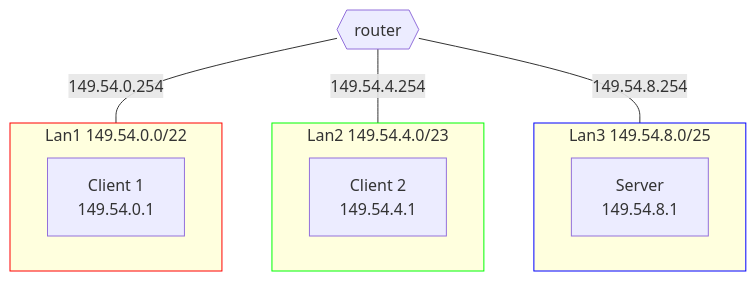
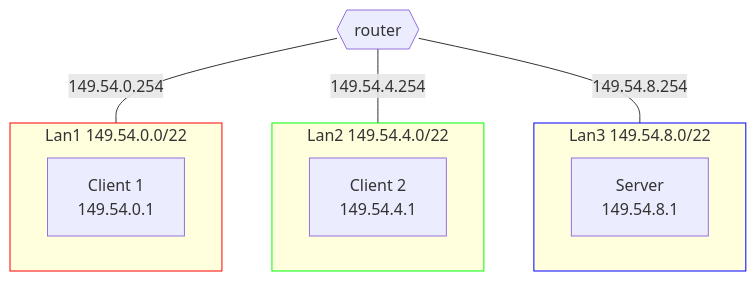
One commit to TendTo/Tutorato-Reti-di-Calcolatori changed the fourth of 4 diagrams in esercizi/completi/impiccato/README.md. Above: the diagram before and after it, drawn with Mermaid. The commit also changed other lines of this file, not shown here.

````diff
--- a/esercizi/completi/impiccato/README.md
+++ b/esercizi/completi/impiccato/README.md
@@ -158,26 +164,26 @@
 ```mermaid
 flowchart TB
 
 
 r{{router}}
 
 subgraph l1[Lan1 149.54.0.0/22]
     c1[Client 1\n149.54.0.1]
 end
 
-subgraph l2[Lan2 149.54.4.0/23]
+subgraph l2[Lan2 149.54.4.0/22]
     c2[Client 2\n149.54.4.1]
 end
 
-subgraph l3[Lan3 149.54.8.0/25]
+subgraph l3[Lan3 149.54.8.0/22]
     s[Server\n149.54.8.1]
 end
 
 style l1 stroke:#f00
 style l2 stroke:#0f0
 style l3 stroke:#00f
 
     r --149.54.0.254--- l1
     r --149.54.4.254--- l2
     r --149.54.8.254--- l3
 ```
````
